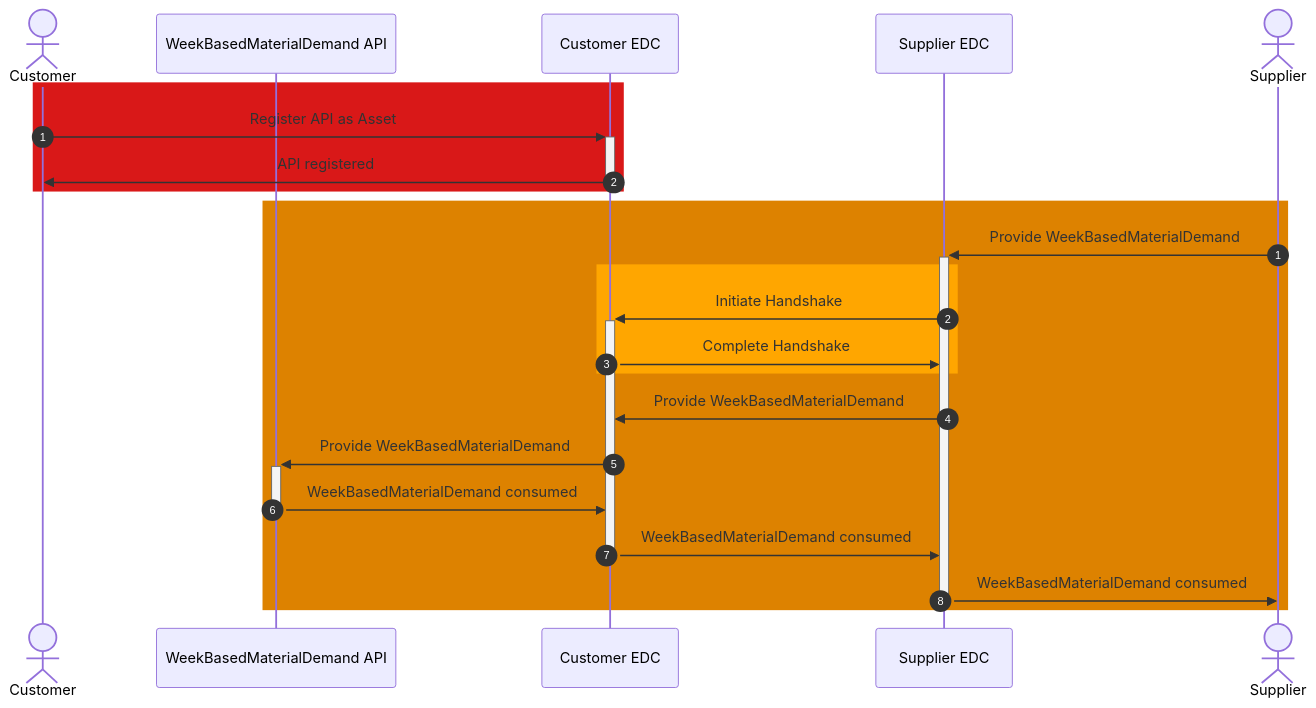
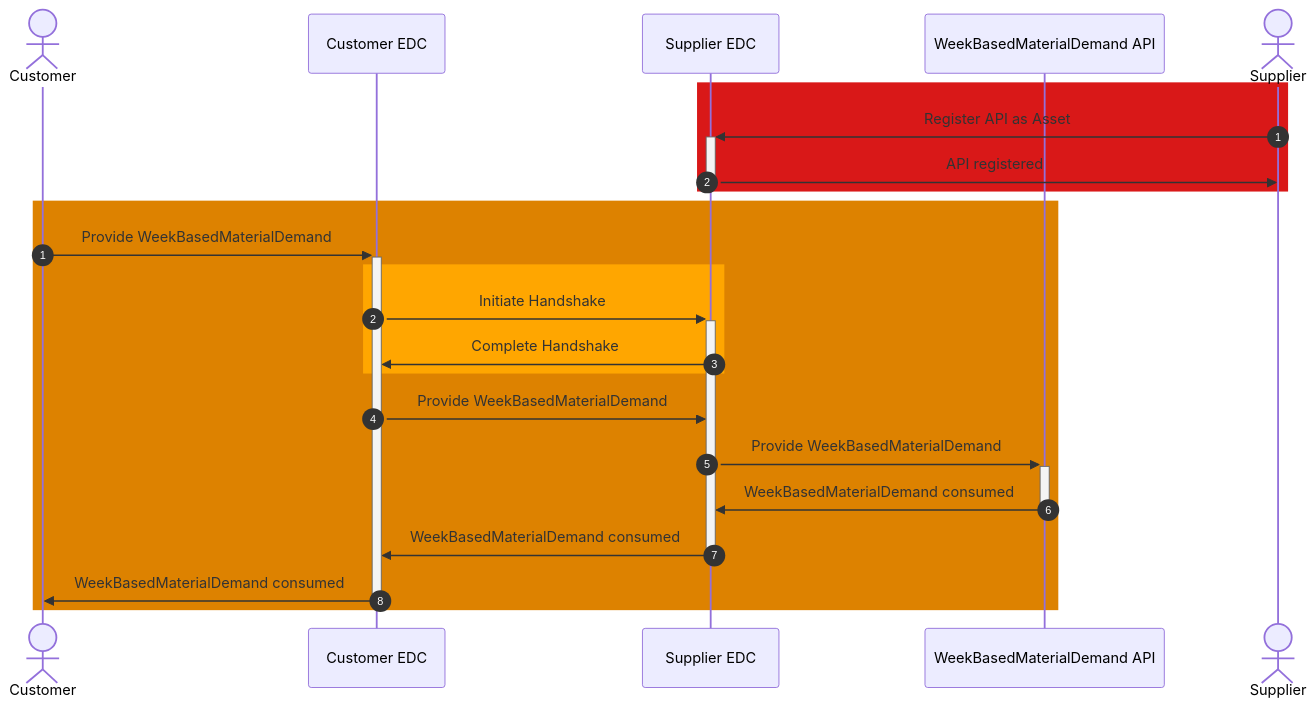
The diagram in docs-kits_versioned_docs/version-24.12/kits/demand-and-capacity-management-kit/development-view/api-material-demand.md (eclipse-tractusx/eclipse-tractusx.github.io), drawn with Mermaid before and after one commit. The commit also changed other lines of this file and 5 other files, not shown here.

````diff
--- a/docs-kits_versioned_docs/version-24.12/kits/demand-and-capacity-management-kit/development-view/api-material-demand.md
+++ b/docs-kits_versioned_docs/version-24.12/kits/demand-and-capacity-management-kit/development-view/api-material-demand.md
@@ -22,28 +22,28 @@
 ```mermaid
 sequenceDiagram
+autonumber
     actor c as Customer 
-    participant a as WeekBasedMaterialDemand API
     participant ce as Customer EDC
     participant se as Supplier EDC
+    participant a as WeekBasedMaterialDemand API
     actor s as Supplier
     
     rect rgb(217,24,24)
-        autonumber 1
-        c->>+ce: Register API as Asset
-        ce->>-c: API registered
+        s->>+se: Register API as Asset
+        se->>-s: API registered
     end
-    rect rgb(221,130,0)
-        autonumber 1
-        s->>+se: Provide WeekBasedMaterialDemand
+autonumber 1
+    rect rgb(221,130,00)
+        c->>+ce: Provide WeekBasedMaterialDemand
         rect rgb(255,166,0)
-        se->>+ce: Initiate Handshake
-        ce->>se: Complete Handshake
+        ce->>+se: Initiate Handshake
+        se->>ce: Complete Handshake
         end
-    se->>ce: Provide WeekBasedMaterialDemand
-    ce->>+a: Provide WeekBasedMaterialDemand
-    a->>-ce: WeekBasedMaterialDemand consumed
-    ce->>-se: WeekBasedMaterialDemand consumed
-    se->>-s: WeekBasedMaterialDemand consumed
+    ce->>se: Provide WeekBasedMaterialDemand
+    se->>+a: Provide WeekBasedMaterialDemand
+    a->>-se: WeekBasedMaterialDemand consumed
+    se->>-ce: WeekBasedMaterialDemand consumed
+    ce->>-c: WeekBasedMaterialDemand consumed
     
     end
 ```
````
